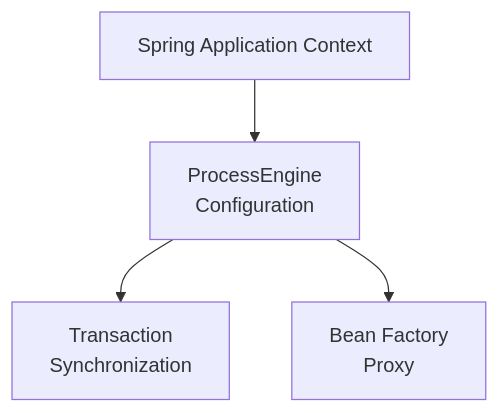
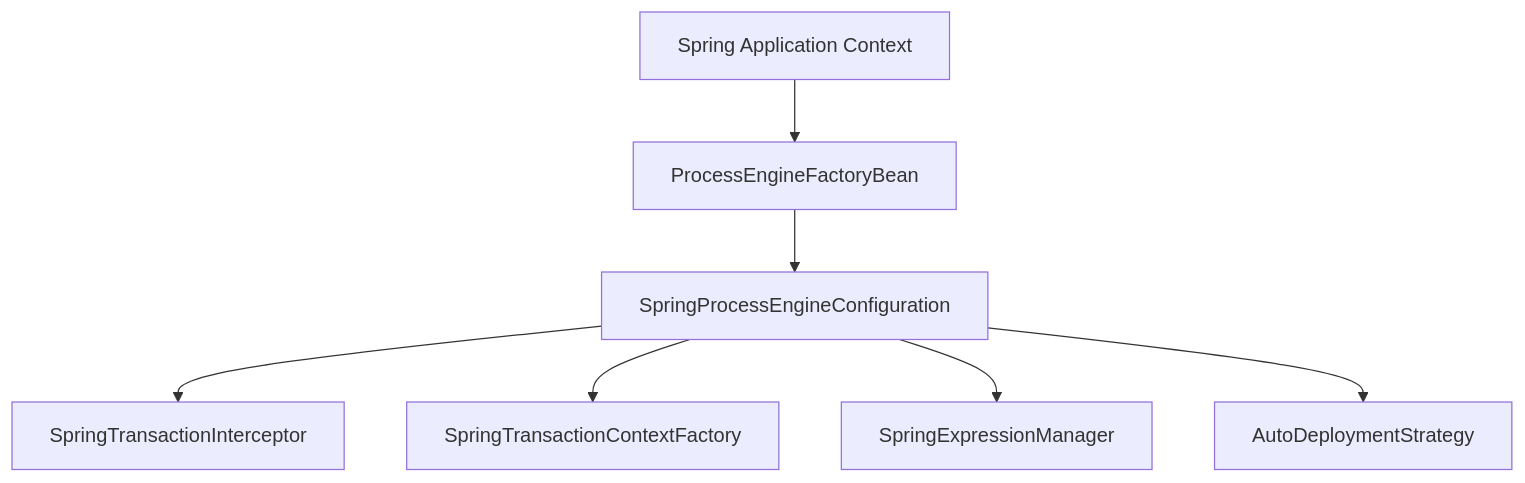
One commit to CaptainGlac1er/activiti-documentation changed the second of 2 diagrams in docs/api-reference/engine-api/spring-integration.md. Above: the diagram before and after it, drawn with Mermaid. The commit also changed other lines of this file and 53 other files, not shown here.

````diff
--- a/docs/api-reference/engine-api/spring-integration.md
+++ b/docs/api-reference/engine-api/spring-integration.md
@@ -310,11 +350,17 @@
 ```mermaid
 flowchart TD
     SpringCtx["Spring Application Context"]
-    Config["ProcessEngine<br>Configuration"]
-    TxSync["Transaction<br>Synchronization"]
-    BeanProxy["Bean Factory<br>Proxy"]
-    
-    SpringCtx --> Config
-    Config --> TxSync
-    Config --> BeanProxy
+    FactoryBean["ProcessEngineFactoryBean"]
+    Config["SpringProcessEngineConfiguration"]
+    TxInterceptor["SpringTransactionInterceptor"]
+    TxContextFactory["SpringTransactionContextFactory"]
+    ExprMgr["SpringExpressionManager"]
+    AutoDeploy["AutoDeploymentStrategy"]
+
+    SpringCtx --> FactoryBean
+    FactoryBean --> Config
+    Config --> TxInterceptor
+    Config --> TxContextFactory
+    Config --> ExprMgr
+    Config --> AutoDeploy
 ```
````
